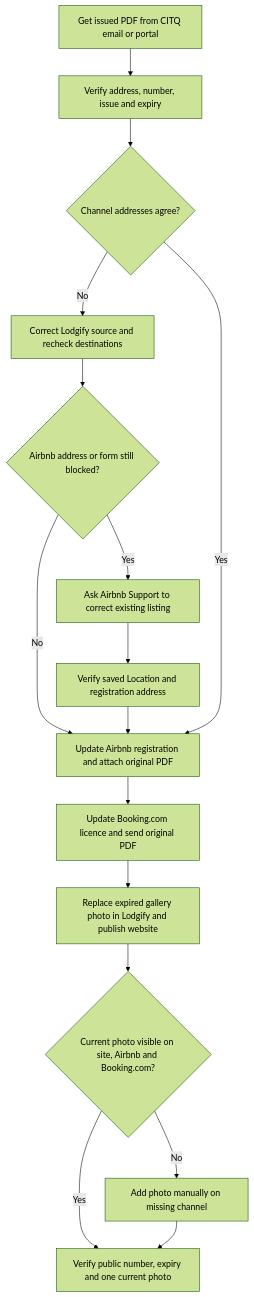
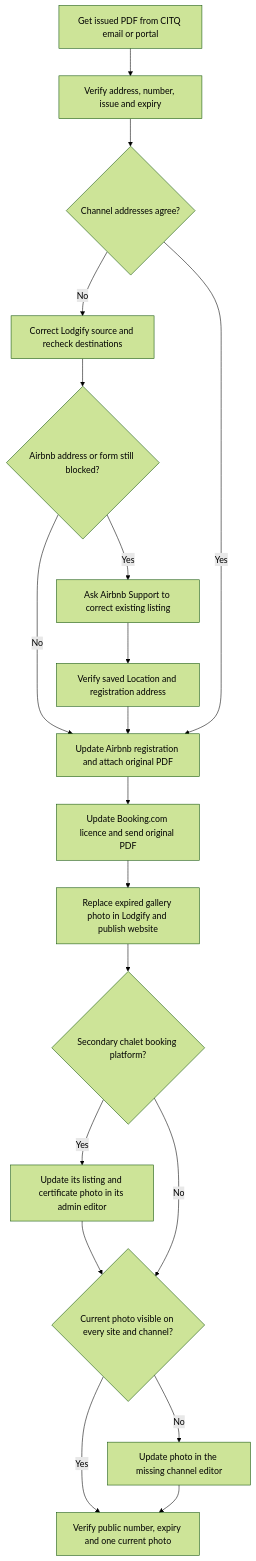
One commit to starodubtsevconsulting/ai-fleas changed the diagram in ai-commands/connect/citq-certificate-channels-update/SKILL.md. Above: the diagram before and after it, drawn with Mermaid (forest theme). The commit also changed other lines of this file, not shown here.

Commit message:
Document CITQ certificate updates across booking channels and websites (#450)
* Document short-term rental certificate updates

* Clarify CITQ to Airbnb certificate handoff

* Expand CITQ certificate update skill across booking channels

* Document Booking.com unit licence update path

* Document separate property website certificate updates

* Treat ChaletWhisper as a booking channel in CITQ skill

````diff
--- a/ai-commands/connect/citq-certificate-channels-update/SKILL.md
+++ b/ai-commands/connect/citq-certificate-channels-update/SKILL.md
@@ -16,18 +16,21 @@
 ```mermaid
 flowchart TD
     A[Get issued PDF from CITQ email or portal] --> B[Verify address, number, issue and expiry]
     B --> C{Channel addresses agree?}
     C -- No --> D[Correct Lodgify source and recheck destinations]
     D --> E{Airbnb address or form still blocked?}
     E -- Yes --> F[Ask Airbnb Support to correct existing listing]
     F --> G[Verify saved Location and registration address]
     E -- No --> H[Update Airbnb registration and attach original PDF]
     G --> H
     C -- Yes --> H
     H --> I[Update Booking.com licence and send original PDF]
     I --> J[Replace expired gallery photo in Lodgify and publish website]
-    J --> K{Current photo visible on site, Airbnb and Booking.com?}
-    K -- No --> L[Add photo manually on missing channel]
+    J --> N{Secondary chalet booking platform?}
+    N -- Yes --> O[Update its listing and certificate photo in its admin editor]
+    O --> K{Current photo visible on every site and channel?}
+    N -- No --> K
+    K -- No --> L[Update photo in the missing channel editor]
     K -- Yes --> M[Verify public number, expiry and one current photo]
     L --> M
 ```
````
